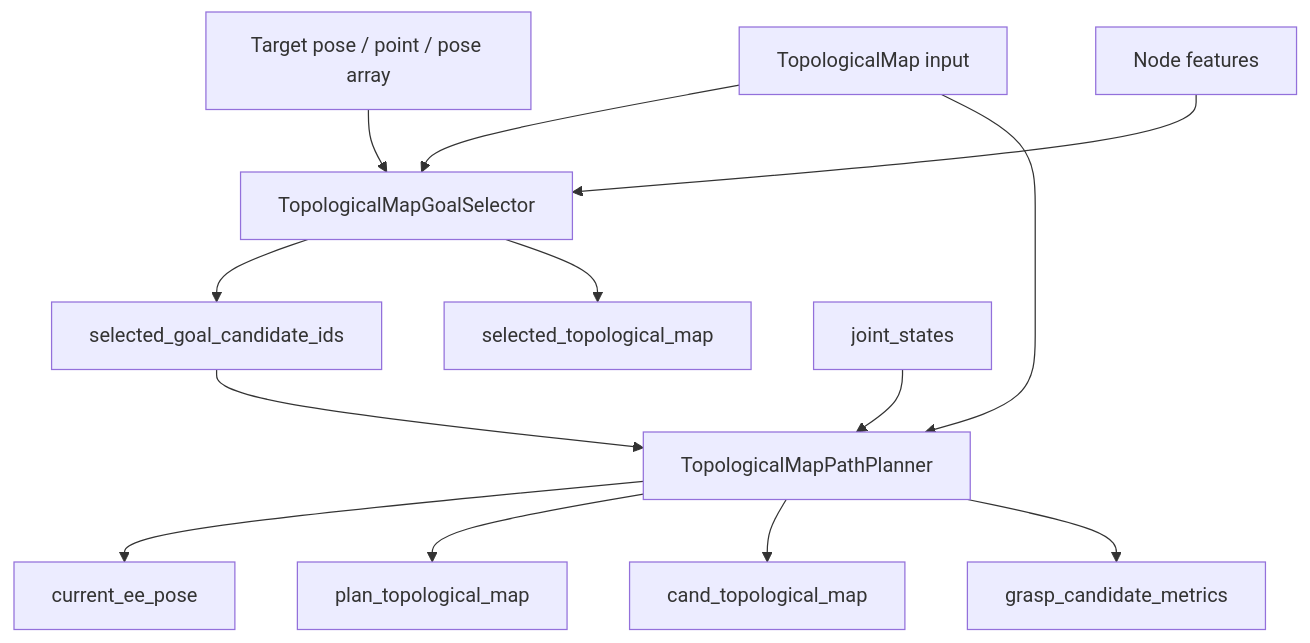
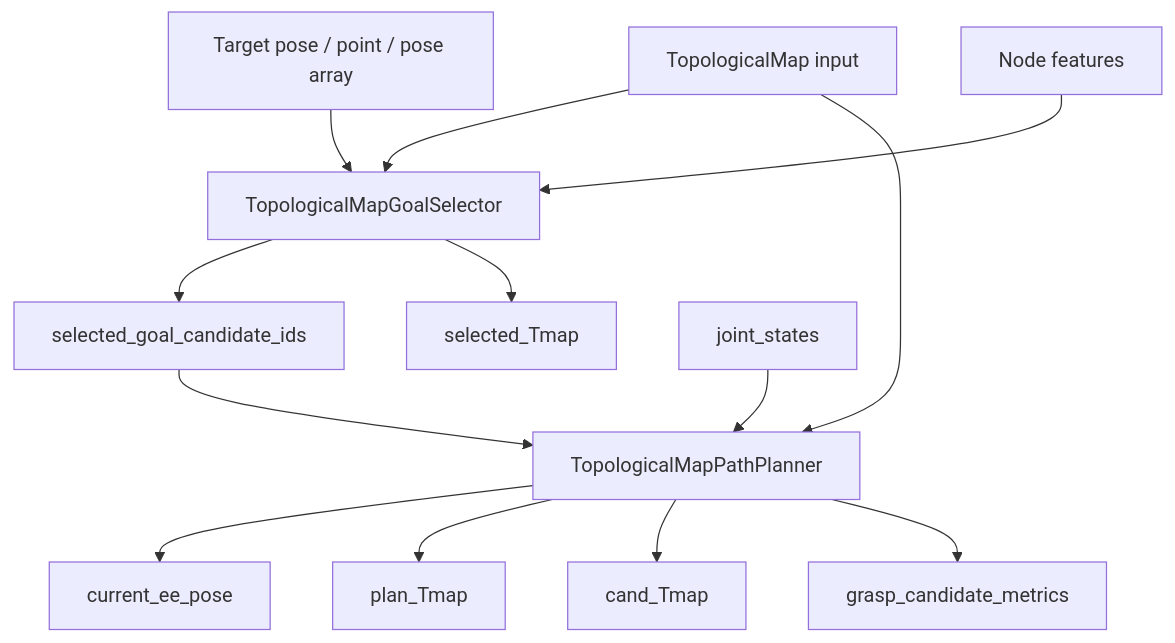
One commit to uraki-UH/arm_avoidance changed the second of 10 diagrams in gng_vlut_system/docs/TECHNICAL_SPEC.md. Above: the diagram before and after it, drawn with Mermaid. The commit also changed other lines of this file and 45 other files, not shown here.

````diff
--- a/gng_vlut_system/docs/TECHNICAL_SPEC.md
+++ b/gng_vlut_system/docs/TECHNICAL_SPEC.md
@@ -155,16 +158,16 @@
 ```mermaid
 flowchart TD
     A[TopologicalMap input] --> B[TopologicalMapGoalSelector]
     C[Target pose / point / pose array] --> B
     D[Node features] --> B
     B --> E[selected_goal_candidate_ids]
-    B --> F[selected_topological_map]
+    B --> F[selected_Tmap]
 
     E --> H[TopologicalMapPathPlanner]
     A --> H
     I[joint_states] --> H
     H --> K[current_ee_pose]
-    H --> L[plan_topological_map]
-    H --> M[cand_topological_map]
+    H --> L[plan_Tmap]
+    H --> M[cand_Tmap]
     H --> N[grasp_candidate_metrics]
 ```
````
